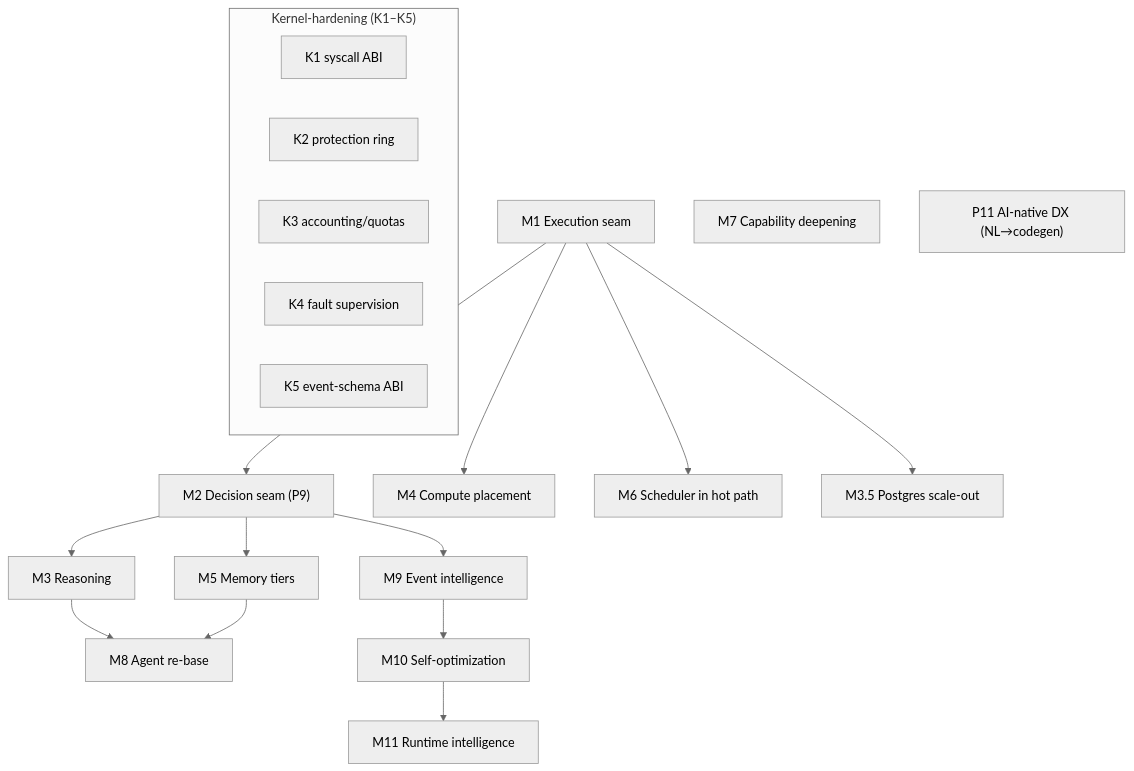
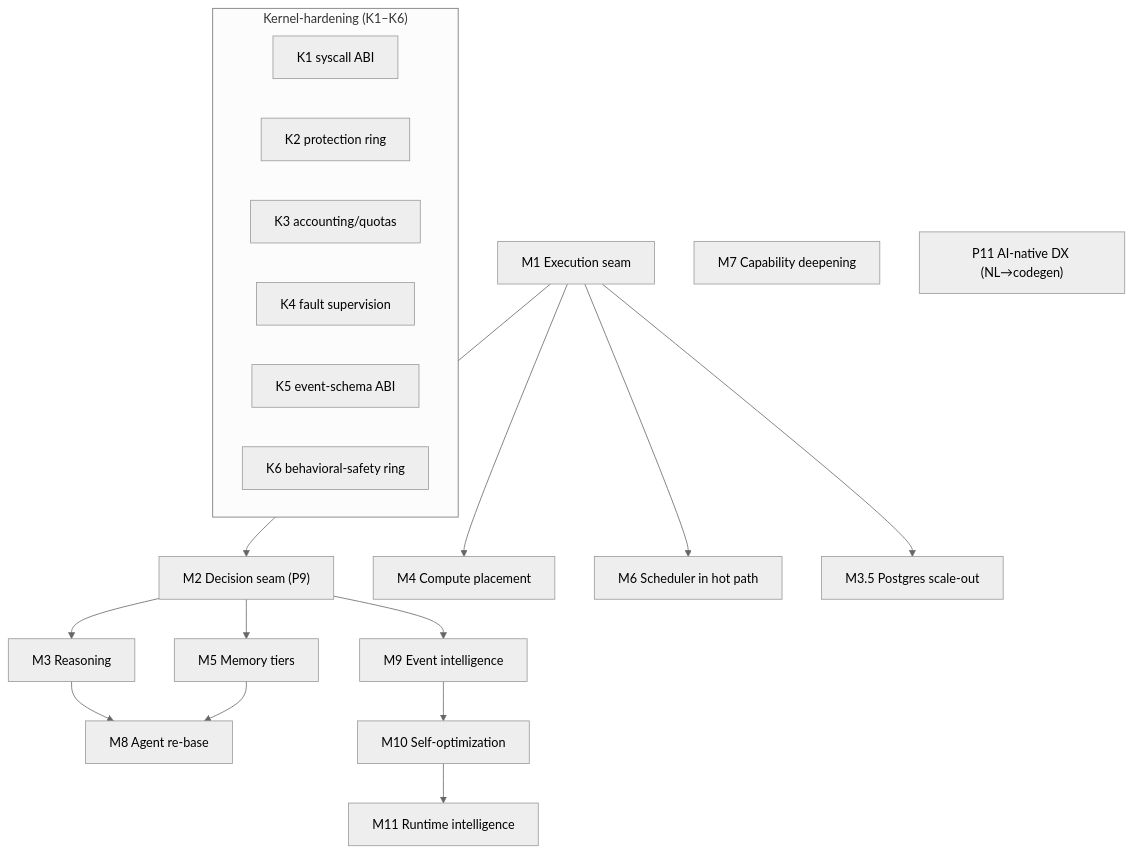
The fourth of 5 diagrams in docs/loom-2.0/00-overview.md (chhetrisushil/loom), drawn with Mermaid (neutral theme) before and after one commit. The commit also changed other lines of this file and 10 other files, not shown here.

First line of the commit message:
docs(kernel): capture ADRs + document K6 safety ring and the learning seam

````diff
--- a/docs/loom-2.0/00-overview.md
+++ b/docs/loom-2.0/00-overview.md
@@ -134,23 +134,24 @@
 ```mermaid
 flowchart TB
   M1["M1 Execution seam"] --> M2["M2 Decision seam (P9)"]
   M2 --> M3["M3 Reasoning"]
   M2 --> M5["M5 Memory tiers"]
   M1 --> M4["M4 Compute placement"]
   M1 --> M6["M6 Scheduler in hot path"]
   M1 --> M35["M3.5 Postgres scale-out"]
   M3 --> M8["M8 Agent re-base"]
   M5 --> M8
   M2 --> M9["M9 Event intelligence"]
   M9 --> M10["M10 Self-optimization"]
   M10 --> M11["M11 Runtime intelligence"]
   M7["M7 Capability deepening"]
   DX["P11 AI-native DX (NL→codegen)"]
-  subgraph K["Kernel-hardening (K1–K5)"]
+  subgraph K["Kernel-hardening (K1–K6)"]
     K1["K1 syscall ABI"]
     K2["K2 protection ring"]
     K3["K3 accounting/quotas"]
     K4["K4 fault supervision"]
     K5["K5 event-schema ABI"]
+    K6["K6 behavioral-safety ring"]
   end
 ```
````
